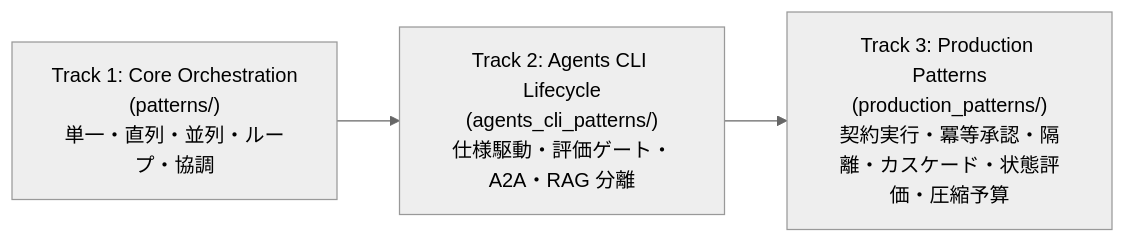
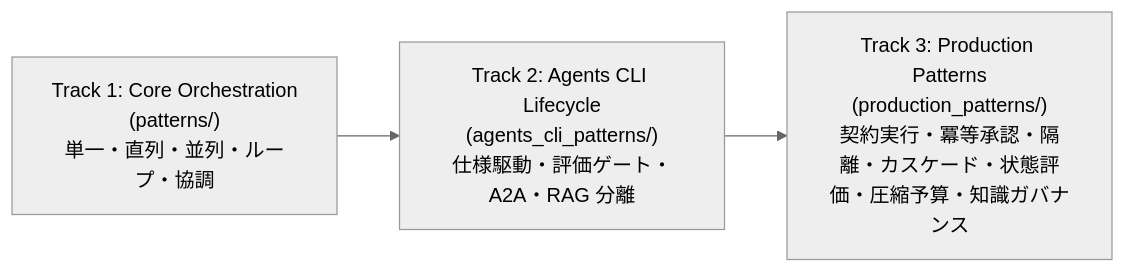
The diagram in README.md (tyorikan/agent-design-patterns), drawn with Mermaid (neutral theme) before and after one commit. The commit also changed other lines of this file and 26 other files, not shown here.

````diff
--- a/README.md
+++ b/README.md
@@ -57,5 +57,5 @@
 ```mermaid
 flowchart LR
     T1["Track 1: Core Orchestration<br/>(patterns/)<br/>単一・直列・並列・ループ・協調"] --> T2["Track 2: Agents CLI Lifecycle<br/>(agents_cli_patterns/)<br/>仕様駆動・評価ゲート・A2A・RAG 分離"]
-    T2 --> T3["Track 3: Production Patterns<br/>(production_patterns/)<br/>契約実行・冪等承認・隔離・カスケード・状態評価・圧縮予算"]
+    T2 --> T3["Track 3: Production Patterns<br/>(production_patterns/)<br/>契約実行・冪等承認・隔離・カスケード・状態評価・圧縮予算・知識ガバナンス"]
 ```
````
